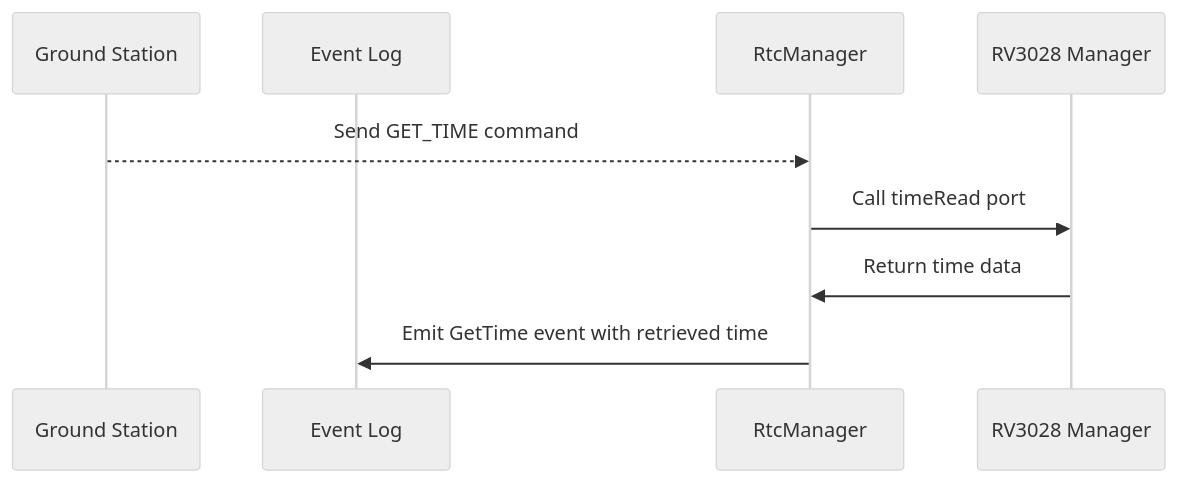
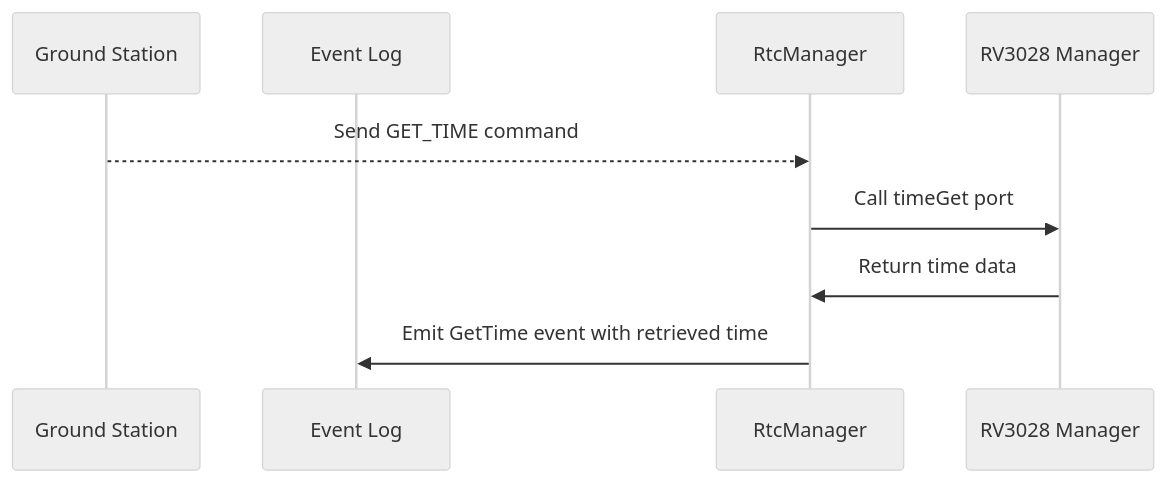
The third of 3 diagrams in FprimeZephyrReference/Components/RtcManager/docs/sdd.md (Open-Source-Space-Foundation/proves-core-reference), drawn with Mermaid (neutral theme) before and after one commit. The commit also changed other lines of this file and 8 other files, not shown here.

````diff
--- a/FprimeZephyrReference/Components/RtcManager/docs/sdd.md
+++ b/FprimeZephyrReference/Components/RtcManager/docs/sdd.md
@@ -76,11 +76,11 @@
 ```mermaid
 sequenceDiagram
     participant Ground Station
     participant Event Log
     participant RtcManager
     participant RV3028 Manager
     Ground Station-->>RtcManager: Send GET_TIME command
-    RtcManager->>RV3028 Manager: Call timeRead port
+    RtcManager->>RV3028 Manager: Call timeGet port
     RV3028 Manager->>RtcManager: Return time data
     RtcManager->>Event Log: Emit GetTime event with retrieved time
 ```
````
